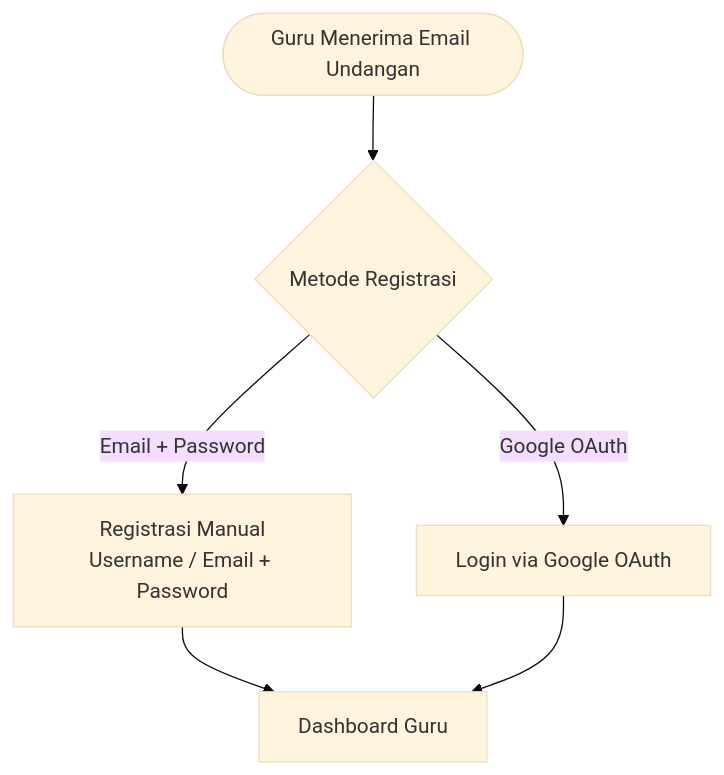
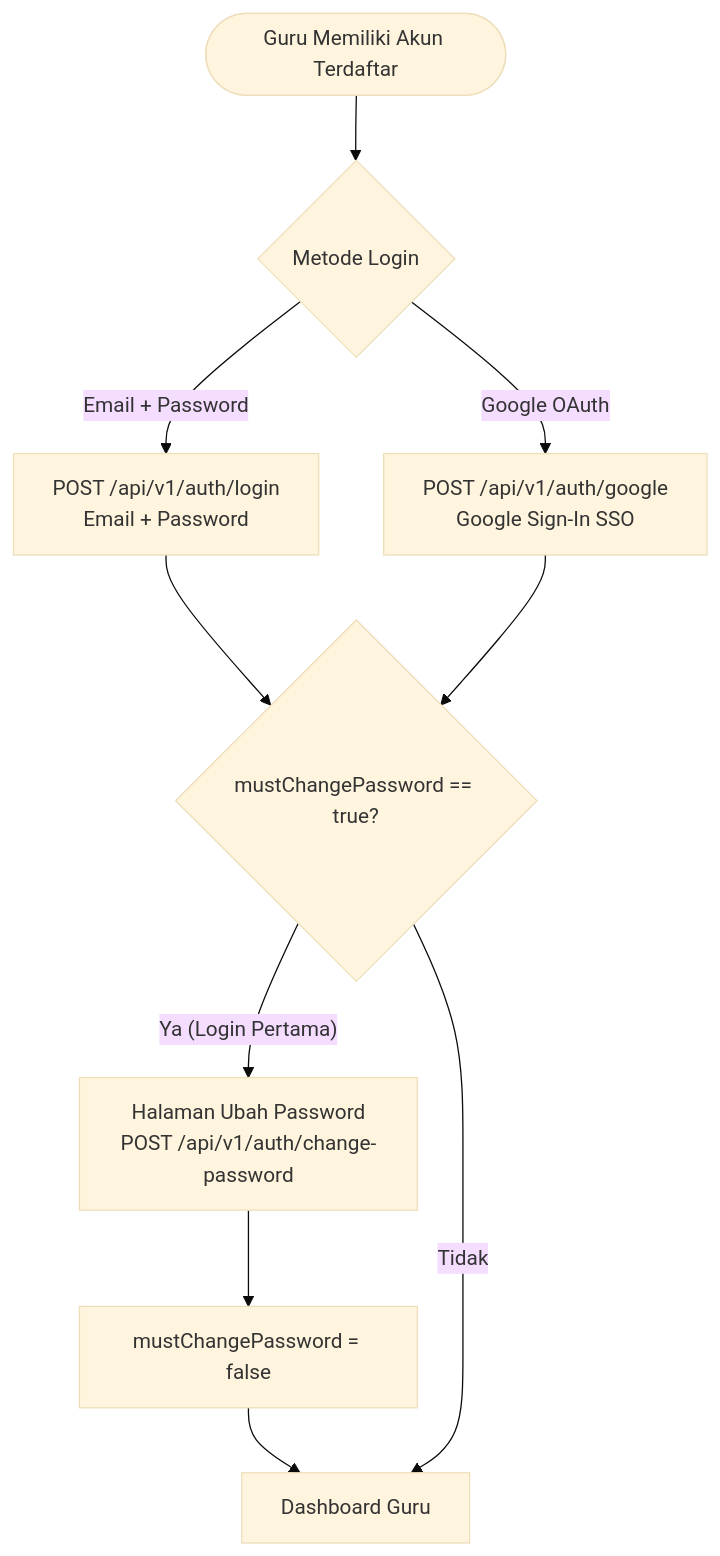
The second of 7 diagrams in docs/user_flow.md (vhysxl/sentinel-backend), drawn with Mermaid (base theme) before and after one commit. The commit also changed other lines of this file, not shown here.

Commit message:
docs: update user_flow.md with first-time login password change for teacher and student

````diff
--- a/docs/user_flow.md
+++ b/docs/user_flow.md
@@ -49,8 +49,14 @@
 ```mermaid
 flowchart TD
-    T_INVITE([Guru Menerima Email Undangan]) --> T_REG_CHOICE{Metode Registrasi}
-    T_REG_CHOICE -- Email + Password --> T_REG_MANUAL[Registrasi Manual\nUsername / Email + Password]
-    T_REG_CHOICE -- Google OAuth --> T_REG_OAUTH[Login via Google OAuth]
-    T_REG_MANUAL --> T_DASHBOARD[Dashboard Guru]
-    T_REG_OAUTH --> T_DASHBOARD
+    T_START([Guru Memiliki Akun Terdaftar]) --> T_LOGIN_CHOICE{Metode Login}
+    T_LOGIN_CHOICE -- Email + Password --> T_LOGIN_MANUAL[POST /api/v1/auth/login\nEmail + Password]
+    T_LOGIN_CHOICE -- Google OAuth --> T_LOGIN_OAUTH[POST /api/v1/auth/google\nGoogle Sign-In SSO]
+    
+    T_LOGIN_MANUAL --> T_CHECK_PW{mustChangePassword == true?}
+    T_LOGIN_OAUTH --> T_CHECK_PW
+    
+    T_CHECK_PW -- Ya (Login Pertama) --> T_CHANGE_PW[Halaman Ubah Password\nPOST /api/v1/auth/change-password]
+    T_CHANGE_PW --> T_UPDATE_FLAG[mustChangePassword = false]
+    T_UPDATE_FLAG --> T_DASHBOARD[Dashboard Guru]
+    T_CHECK_PW -- Tidak --> T_DASHBOARD
 ```
````
